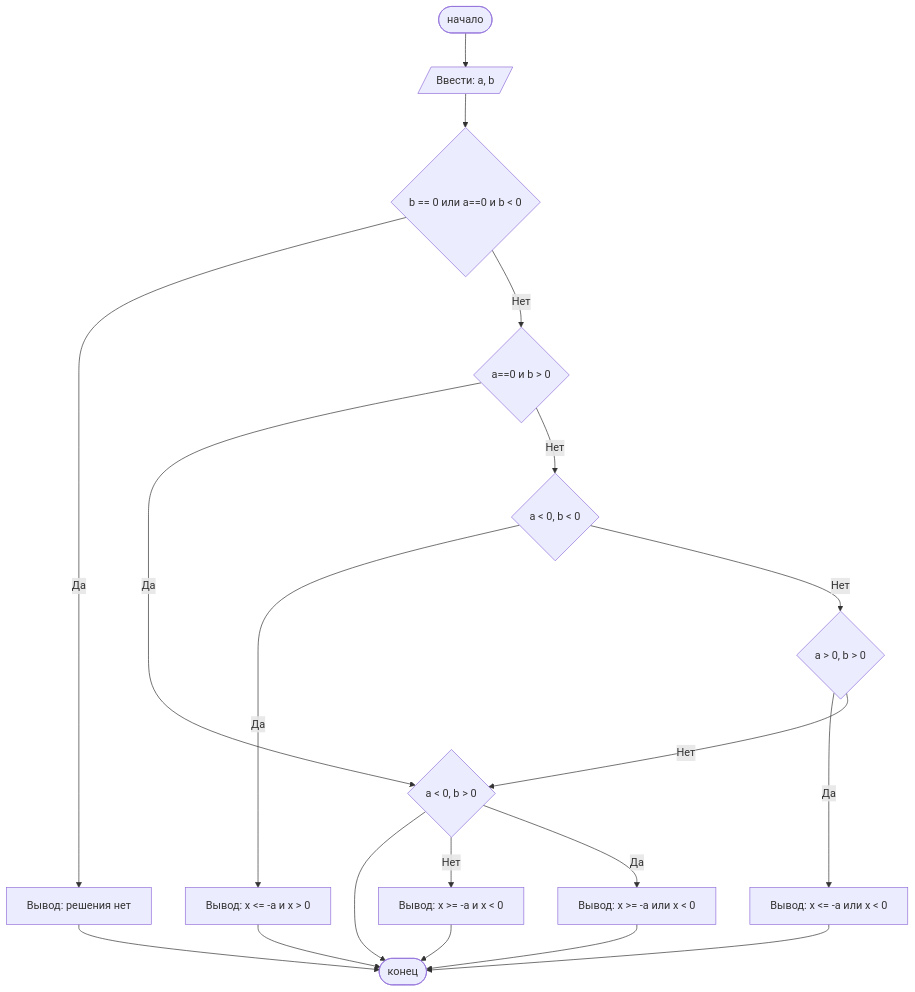
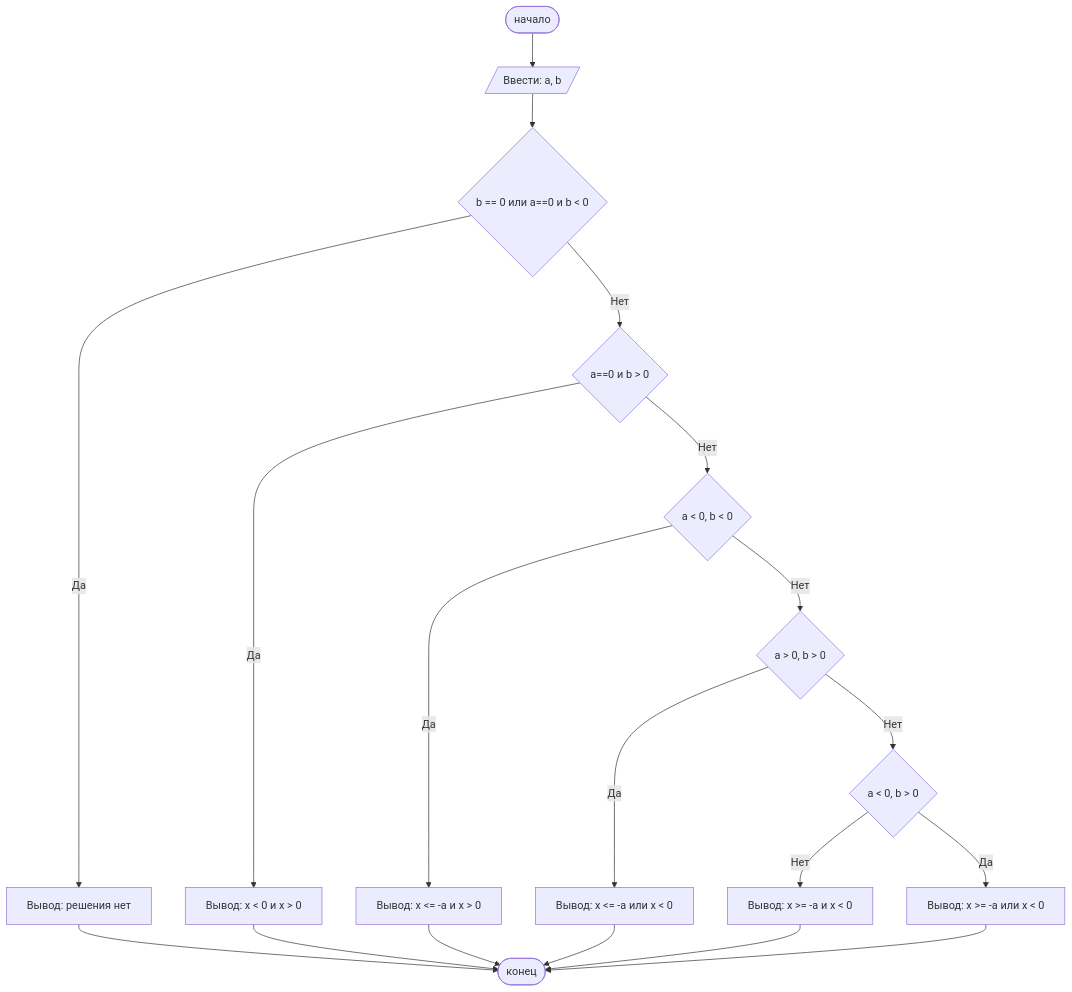
One commit to EfremovaAnastasia/-1 changed the diagram in README.md. Above: the diagram before and after it, drawn with Mermaid.

````diff
--- a/README.md
+++ b/README.md
@@ -92,21 +92,21 @@
 ```mermaid
 graph TD
     A([начало]) --> B[/Ввести: a, b/]
     B --> C{b == 0 или a==0 и b < 0}
     C --Да--> D[Вывод: решения нет]
     D --> Z([конец])
     C --Нет--> E{ a==0 и b > 0}
-    E --Да --> F[Вывод: x < 0 и x > 0]
-    F --> Z
+    E --Да --> S[Вывод: x < 0 и x > 0]
+    S --> Z
     E --Нет-->G{a < 0, b < 0}
     G --Да--> H[Вывод: x <= -a и x > 0]
     H --> Z
     G --Нет-->I{a > 0, b > 0}
     I --Да-->K[Вывод: x <= -a или x < 0]
     K --> Z
     I --Нет-->F{a < 0, b > 0}
     F --Нет-->N[Вывод: x >= -a и x < 0]
     N --> Z
     F --Да-->M[Вывод: x >= -a или x < 0]
     M --> Z([конец])
 ```
````
